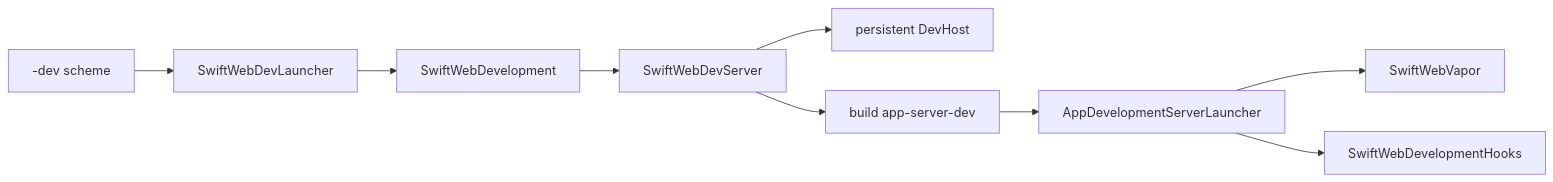
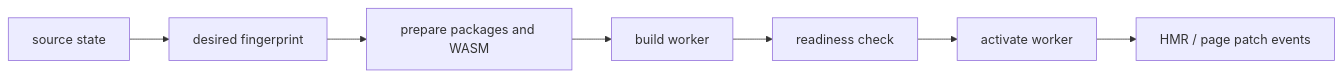
Before and after one commit to 1amageek/swift-web: the third of 3 diagrams in Sources/SwiftWebCLI/README.md, drawn with Mermaid. The commit also changed other lines of this file and 30 other files, not shown here.

Commit message:
Update documentation for SwiftWeb 0.7

````diff
--- a/Sources/SwiftWebCLI/README.md
+++ b/Sources/SwiftWebCLI/README.md
@@ -304,11 +88,9 @@
 ```mermaid
 flowchart LR
-  A["<AppName>-dev scheme"] --> B["SwiftWebDevLauncher"]
-  B --> C["SwiftWebDevelopment"]
-  C --> D["SwiftWebDevServer"]
-  D --> E["persistent DevHost"]
-  D --> F["build app-server-dev"]
-  F --> G["AppDevelopmentServerLauncher"]
-  G --> H["SwiftWebVapor"]
-  G --> I["SwiftWebDevelopmentHooks"]
+  Source["source state"] --> Fingerprint["desired fingerprint"]
+  Fingerprint --> Prepare["prepare packages and WASM"]
+  Prepare --> Build["build worker"]
+  Build --> Ready["readiness check"]
+  Ready --> Swap["activate worker"]
+  Swap --> Events["HMR / page patch events"]
 ```
````
